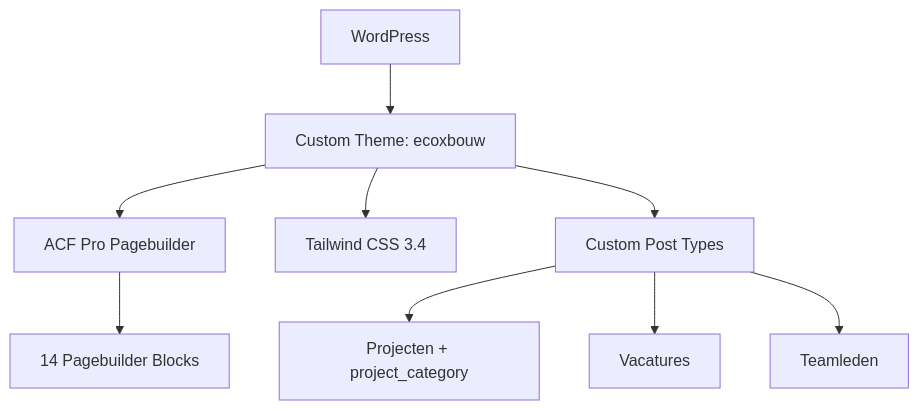
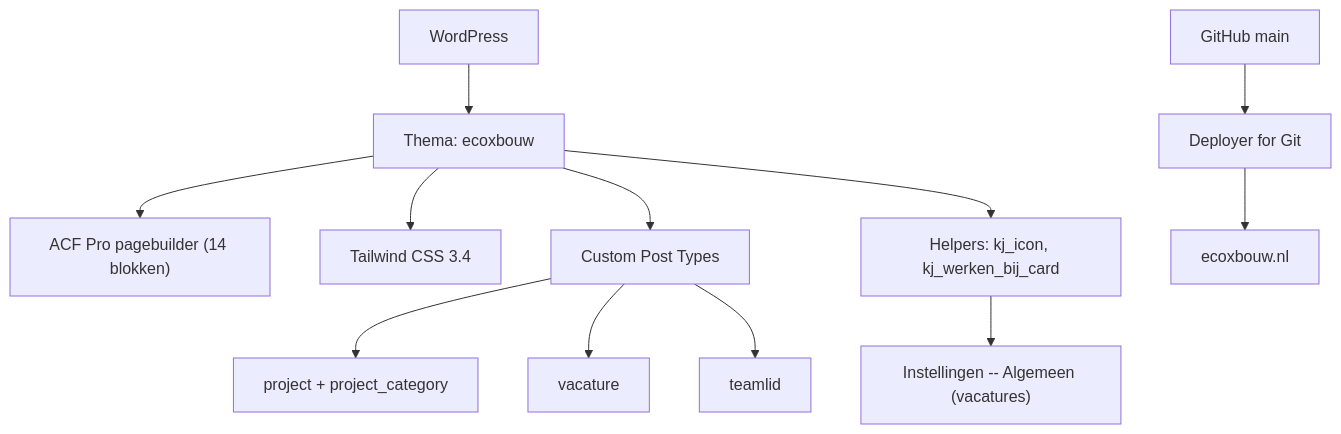
The diagram in client-projects/ecoxbouw.mdx (kayjilesen/documentationai-Docs), drawn with Mermaid before and after one commit. The commit also changed other lines of this file and 6 other files, not shown here.

````diff
--- a/client-projects/ecoxbouw.mdx
+++ b/client-projects/ecoxbouw.mdx
@@ -124,11 +208,13 @@
 ```mermaid
 graph TD
-    A["WordPress"] --> B["Custom Theme: ecoxbouw"]
-    B --> C["ACF Pro Pagebuilder"]
+    A["WordPress"] --> B["Thema: ecoxbouw"]
+    B --> C["ACF Pro pagebuilder (14 blokken)"]
     B --> D["Tailwind CSS 3.4"]
-    C --> E["14 Pagebuilder Blocks"]
-    B --> F["Custom Post Types"]
-    F --> G["Projecten + project_category"]
-    F --> H["Vacatures"]
-    F --> I["Teamleden"]
+    B --> E["Custom Post Types"]
+    E --> F["project + project_category"]
+    E --> G["vacature"]
+    E --> H["teamlid"]
+    B --> I["Helpers: kj_icon, kj_werken_bij_card"]
+    I --> J["Instellingen -- Algemeen (vacatures)"]
+    K["GitHub main"] --> L["Deployer for Git"] --> M["ecoxbouw.nl"]
 ```
````
